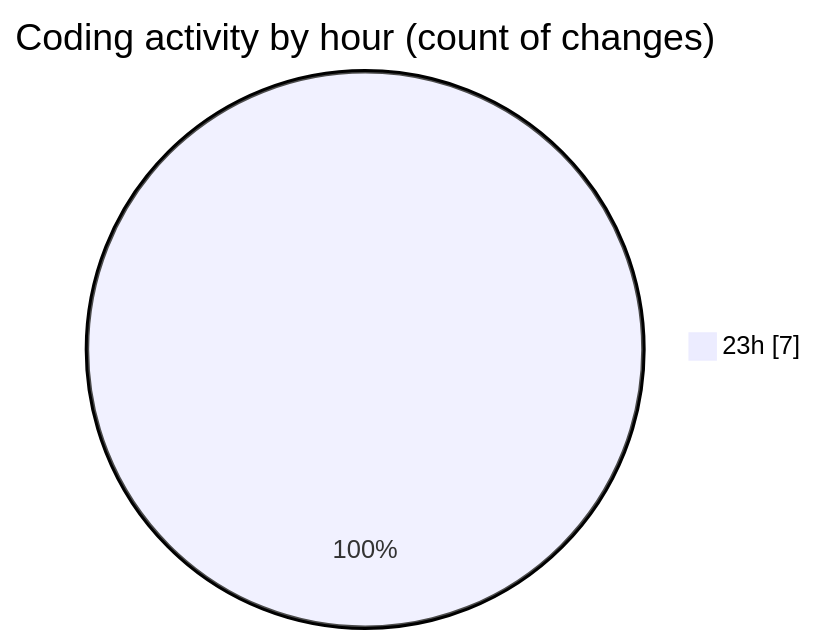
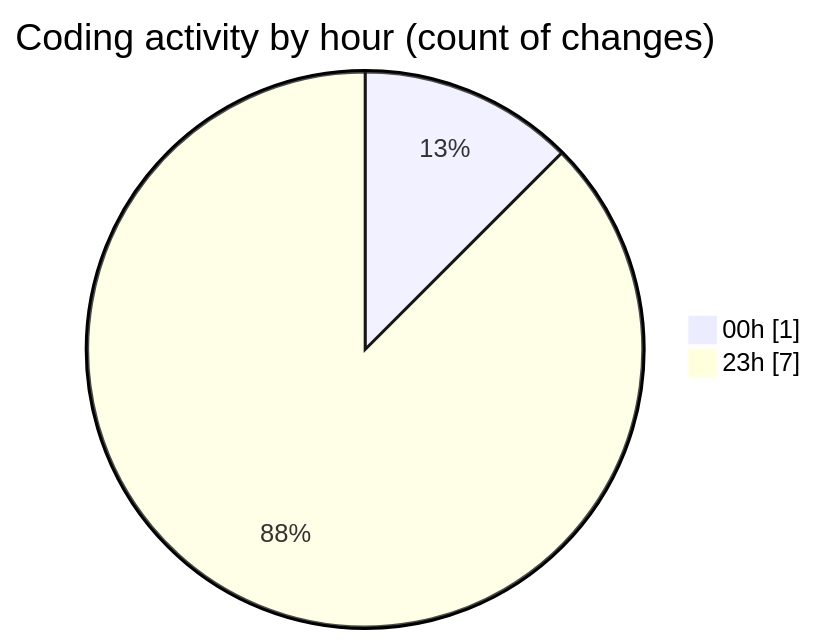
The second of 2 diagrams in 2025-05-28/elitesun/README.md (Elitesun/code-tracking), drawn with Mermaid before and after one commit. The commit also changed other lines of this file and 2 other files, not shown here.

````diff
--- a/2025-05-28/elitesun/README.md
+++ b/2025-05-28/elitesun/README.md
@@ -30,5 +32,6 @@
 ```mermaid
 pie showData
 title Coding activity by hour (count of changes)
+"00h" : 1
 "23h" : 7
 ```
````
